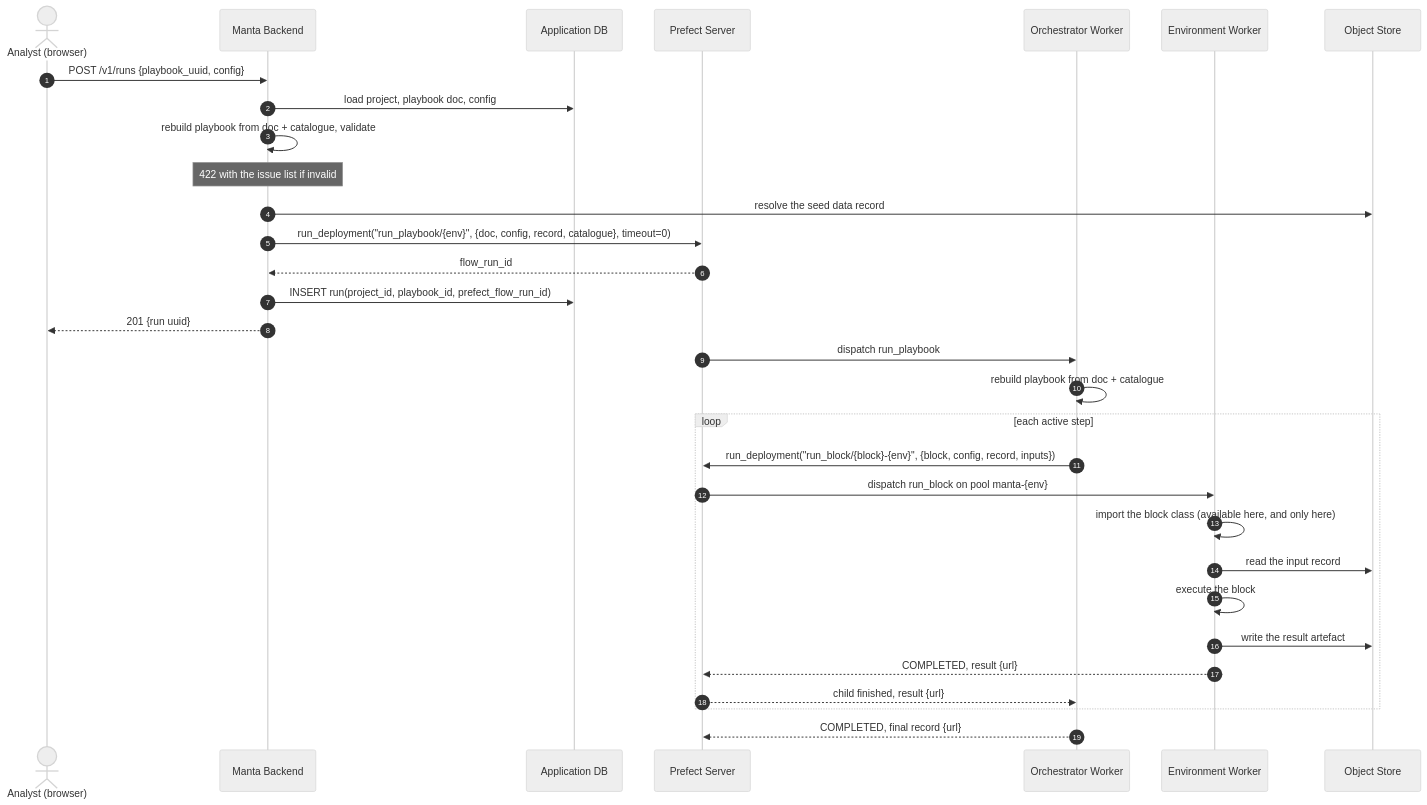
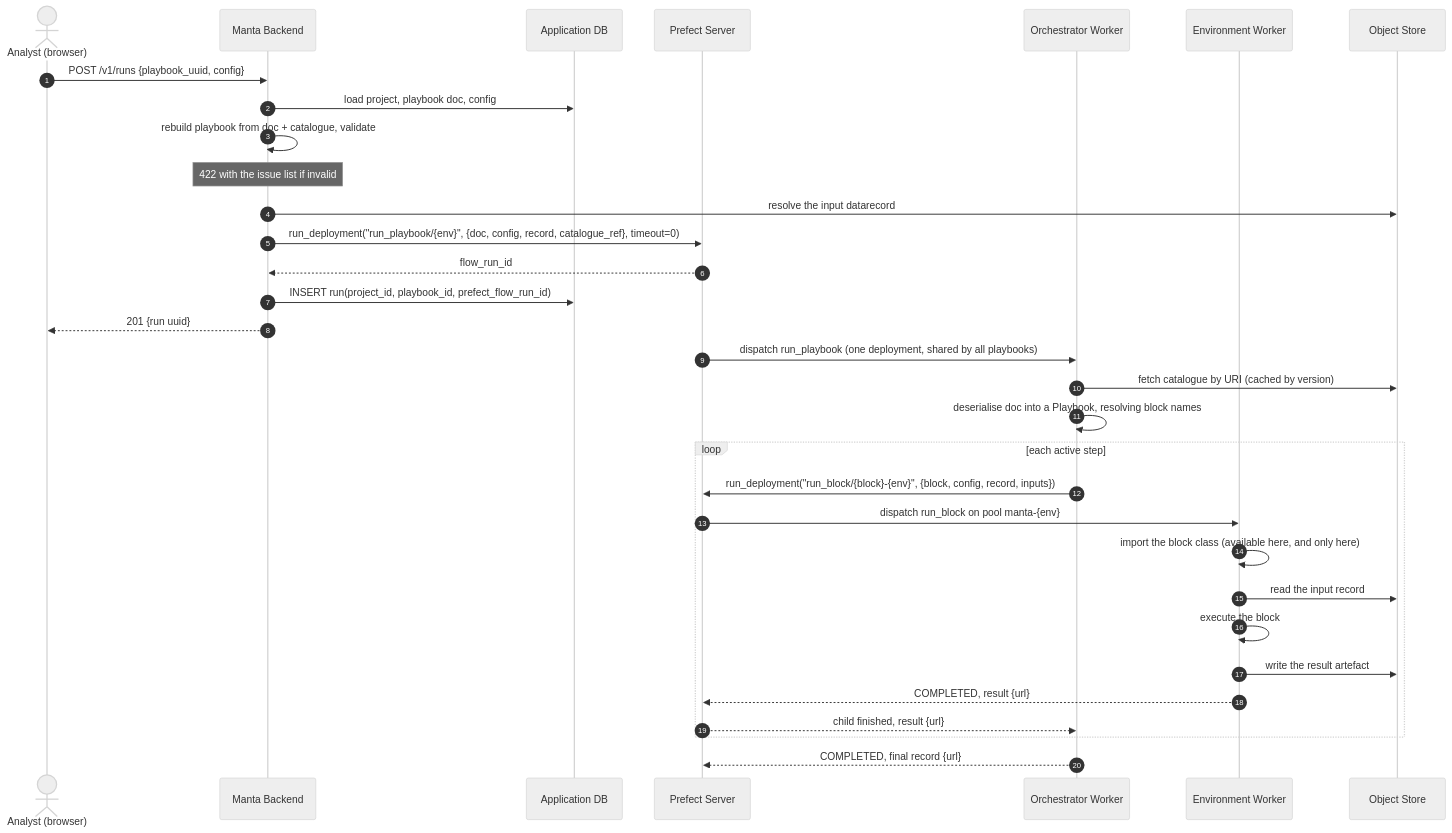
One commit to manta-plan/manta changed the first of 2 diagrams in docs/design/06-execution-lifecycle.md. Above: the diagram before and after it, drawn with Mermaid (neutral theme). The commit also changed other lines of this file and 8 other files, not shown here.

````diff
--- a/docs/design/06-execution-lifecycle.md
+++ b/docs/design/06-execution-lifecycle.md
@@ -48,37 +59,38 @@
 ```mermaid
 sequenceDiagram
     autonumber
     actor U as Analyst (browser)
     participant API as Manta Backend
     participant DB as Application DB
     participant P as Prefect Server
     participant O as Orchestrator Worker
     participant W as Environment Worker
     participant S3 as Object Store
 
     U->>API: POST /v1/runs {playbook_uuid, config}
     API->>DB: load project, playbook doc, config
     API->>API: rebuild playbook from doc + catalogue, validate
     Note over API: 422 with the issue list if invalid
-    API->>S3: resolve the seed data record
-    API->>P: run_deployment("run_playbook/{env}", {doc, config, record, catalogue}, timeout=0)
+    API->>S3: resolve the input datarecord
+    API->>P: run_deployment("run_playbook/{env}", {doc, config, record, catalogue_ref}, timeout=0)
     P-->>API: flow_run_id
     API->>DB: INSERT run(project_id, playbook_id, prefect_flow_run_id)
     API-->>U: 201 {run uuid}
 
-    P->>O: dispatch run_playbook
-    O->>O: rebuild playbook from doc + catalogue
+    P->>O: dispatch run_playbook (one deployment, shared by all playbooks)
+    O->>S3: fetch catalogue by URI (cached by version)
+    O->>O: deserialise doc into a Playbook, resolving block names
 
     loop each active step
         O->>P: run_deployment("run_block/{block}-{env}", {block, config, record, inputs})
         P->>W: dispatch run_block on pool manta-{env}
         W->>W: import the block class (available here, and only here)
         W->>S3: read the input record
         W->>W: execute the block
         W->>S3: write the result artefact
         W-->>P: COMPLETED, result {url}
         P-->>O: child finished, result {url}
     end
 
     O-->>P: COMPLETED, final record {url}
 ```
````
